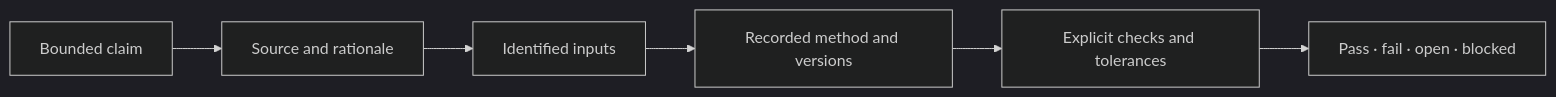
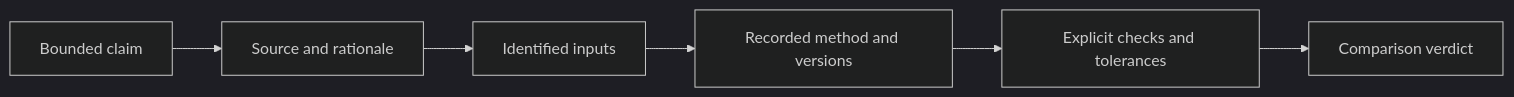
Before and after one commit to bijux/bijux-phylogenetics: the diagram in docs/01-bijux-phylogenetics/quality/evidence-honesty-and-limits.md, drawn with Mermaid (dark theme). The commit also changed other lines of this file and 4 other files, not shown here.

````diff
--- a/docs/01-bijux-phylogenetics/quality/evidence-honesty-and-limits.md
+++ b/docs/01-bijux-phylogenetics/quality/evidence-honesty-and-limits.md
@@ -18,8 +19,8 @@
 ```mermaid
 flowchart LR
     claim["Bounded claim"] --> source["Source and rationale"]
     source --> inputs["Identified inputs"]
     inputs --> execution["Recorded method and versions"]
     execution --> checks["Explicit checks and tolerances"]
-    checks --> verdict["Pass · fail · open · blocked"]
+    checks --> verdict["Comparison verdict"]
 ```
````
